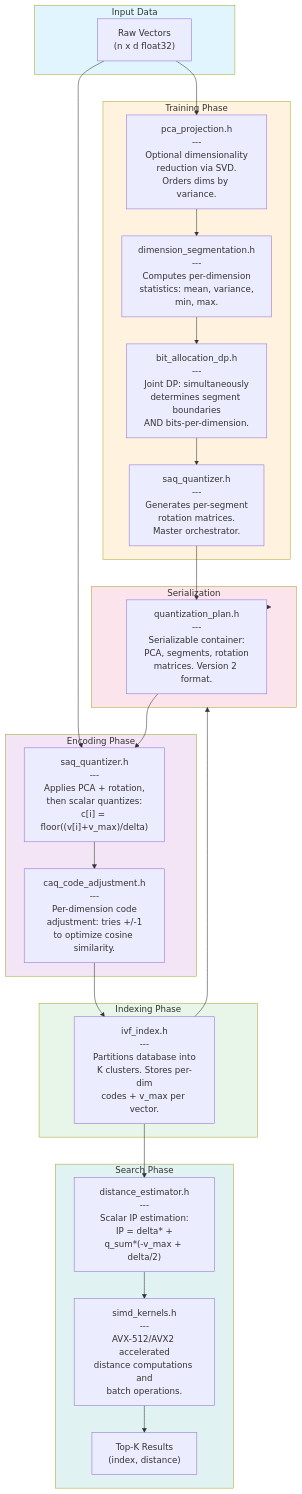
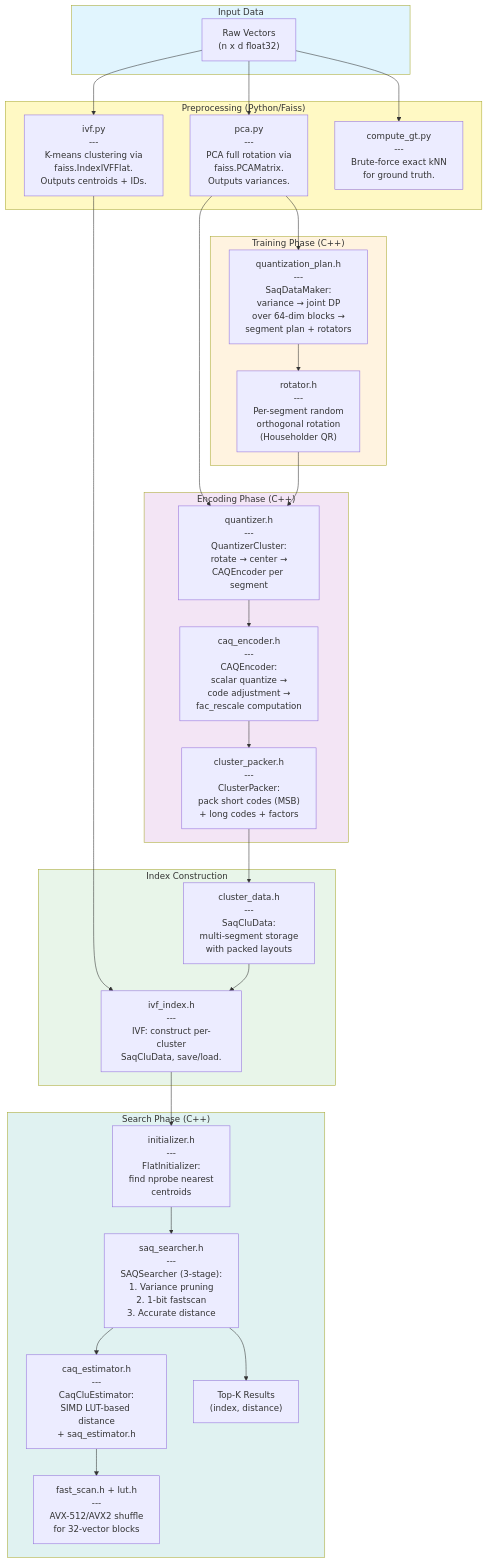
The first of 4 diagrams in docs/saq_codeflow.md (rohilrs/SAQ), drawn with Mermaid before and after one commit. The commit also changed other lines of this file and 5 other files, not shown here.

First line of the commit message:
docs: update all documentation to match reference-aligned architecture

````diff
--- a/docs/saq_codeflow.md
+++ b/docs/saq_codeflow.md
@@ -7,63 +7,73 @@
 ```mermaid
 flowchart TB
     subgraph Input["Input Data"]
         RAW["Raw Vectors<br/>(n x d float32)"]
     end
 
-    subgraph Training["Training Phase"]
-        PCA["pca_projection.h<br/>---<br/>Optional dimensionality<br/>reduction via SVD.<br/>Orders dims by variance."]
+    subgraph Preprocessing["Preprocessing (Python/Faiss)"]
+        PCA["pca.py<br/>---<br/>PCA full rotation via<br/>faiss.PCAMatrix.<br/>Outputs variances."]
 
-        SEG["dimension_segmentation.h<br/>---<br/>Computes per-dimension<br/>statistics: mean, variance,<br/>min, max."]
+        IVF_PY["ivf.py<br/>---<br/>K-means clustering via<br/>faiss.IndexIVFFlat.<br/>Outputs centroids + IDs."]
 
-        BIT["bit_allocation_dp.h<br/>---<br/>Joint DP: simultaneously<br/>determines segment boundaries<br/>AND bits-per-dimension."]
-
-        SAQ["saq_quantizer.h<br/>---<br/>Generates per-segment<br/>rotation matrices.<br/>Master orchestrator."]
+        GT["compute_gt.py<br/>---<br/>Brute-force exact kNN<br/>for ground truth."]
     end
 
-    subgraph Encoding["Encoding Phase"]
-        ENC["saq_quantizer.h<br/>---<br/>Applies PCA + rotation,<br/>then scalar quantizes:<br/>c[i] = floor((v[i]+v_max)/delta)"]
+    subgraph Training["Training Phase (C++)"]
+        SAQDATA["quantization_plan.h<br/>---<br/>SaqDataMaker:<br/>variance → joint DP<br/>over 64-dim blocks →<br/>segment plan + rotators"]
 
-        CAQ["caq_code_adjustment.h<br/>---<br/>Per-dimension code<br/>adjustment: tries +/-1<br/>to optimize cosine similarity."]
+        ROTATOR["rotator.h<br/>---<br/>Per-segment random<br/>orthogonal rotation<br/>(Householder QR)"]
     end
 
-    subgraph Indexing["Indexing Phase"]
-        IVF["ivf_index.h<br/>---<br/>Partitions database into<br/>K clusters. Stores per-dim<br/>codes + v_max per vector."]
+    subgraph Encoding["Encoding Phase (C++)"]
+        QUANT["quantizer.h<br/>---<br/>QuantizerCluster:<br/>rotate → center →<br/>CAQEncoder per segment"]
+
+        CAQENC["caq_encoder.h<br/>---<br/>CAQEncoder:<br/>scalar quantize →<br/>code adjustment →<br/>fac_rescale computation"]
+
+        PACKER["cluster_packer.h<br/>---<br/>ClusterPacker:<br/>pack short codes (MSB)<br/>+ long codes + factors"]
     end
 
-    subgraph Storage["Serialization"]
-        PLAN["quantization_plan.h<br/>---<br/>Serializable container:<br/>PCA, segments, rotation<br/>matrices. Version 2 format."]
+    subgraph Index["Index Construction"]
+        IVFCPP["ivf_index.h<br/>---<br/>IVF: construct per-cluster<br/>SaqCluData, save/load."]
+
+        CLUDATA["cluster_data.h<br/>---<br/>SaqCluData:<br/>multi-segment storage<br/>with packed layouts"]
     end
 
-    subgraph Search["Search Phase"]
-        DIST["distance_estimator.h<br/>---<br/>Scalar IP estimation:<br/>IP = delta*<codes,q> +<br/>q_sum*(-v_max + delta/2)"]
+    subgraph Search["Search Phase (C++)"]
+        INIT["initializer.h<br/>---<br/>FlatInitializer:<br/>find nprobe nearest<br/>centroids"]
 
-        SIMD["simd_kernels.h<br/>---<br/>AVX-512/AVX2 accelerated<br/>distance computations and<br/>batch operations."]
+        SEARCHER["saq_searcher.h<br/>---<br/>SAQSearcher (3-stage):<br/>1. Variance pruning<br/>2. 1-bit fastscan<br/>3. Accurate distance"]
+
+        EST["caq_estimator.h<br/>---<br/>CaqCluEstimator:<br/>SIMD LUT-based distance<br/>+ saq_estimator.h"]
+
+        FASTSCAN["fast_scan.h + lut.h<br/>---<br/>AVX-512/AVX2 shuffle<br/>for 32-vector blocks"]
 
         RESULT["Top-K Results<br/>(index, distance)"]
     end
 
     RAW --> PCA
-    PCA --> SEG
-    SEG --> BIT
-    BIT --> SAQ
-    SAQ --> PLAN
+    RAW --> IVF_PY
+    RAW --> GT
+    PCA --> SAQDATA
+    SAQDATA --> ROTATOR
 
-    RAW --> ENC
-    PLAN --> ENC
-    ENC --> CAQ
-    CAQ --> IVF
+    PCA --> QUANT
+    IVF_PY --> IVFCPP
+    ROTATOR --> QUANT
+    QUANT --> CAQENC
+    CAQENC --> PACKER
+    PACKER --> CLUDATA
+    CLUDATA --> IVFCPP
 
-    IVF --> Storage
-    PLAN --> Storage
-
-    IVF --> DIST
-    DIST --> SIMD
-    SIMD --> RESULT
+    IVFCPP --> INIT
+    INIT --> SEARCHER
+    SEARCHER --> EST
+    EST --> FASTSCAN
+    SEARCHER --> RESULT
 
     style Input fill:#e1f5fe
+    style Preprocessing fill:#fff9c4
     style Training fill:#fff3e0
     style Encoding fill:#f3e5f5
-    style Indexing fill:#e8f5e9
-    style Storage fill:#fce4ec
+    style Index fill:#e8f5e9
     style Search fill:#e0f2f1
 ```
````
